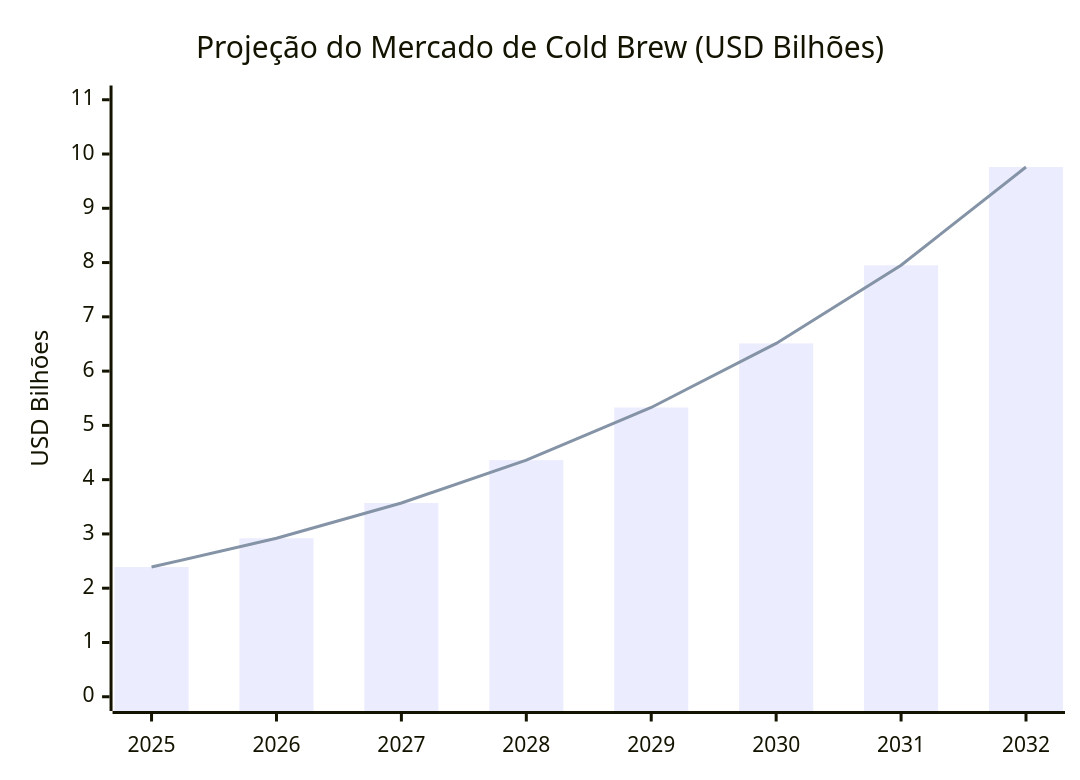
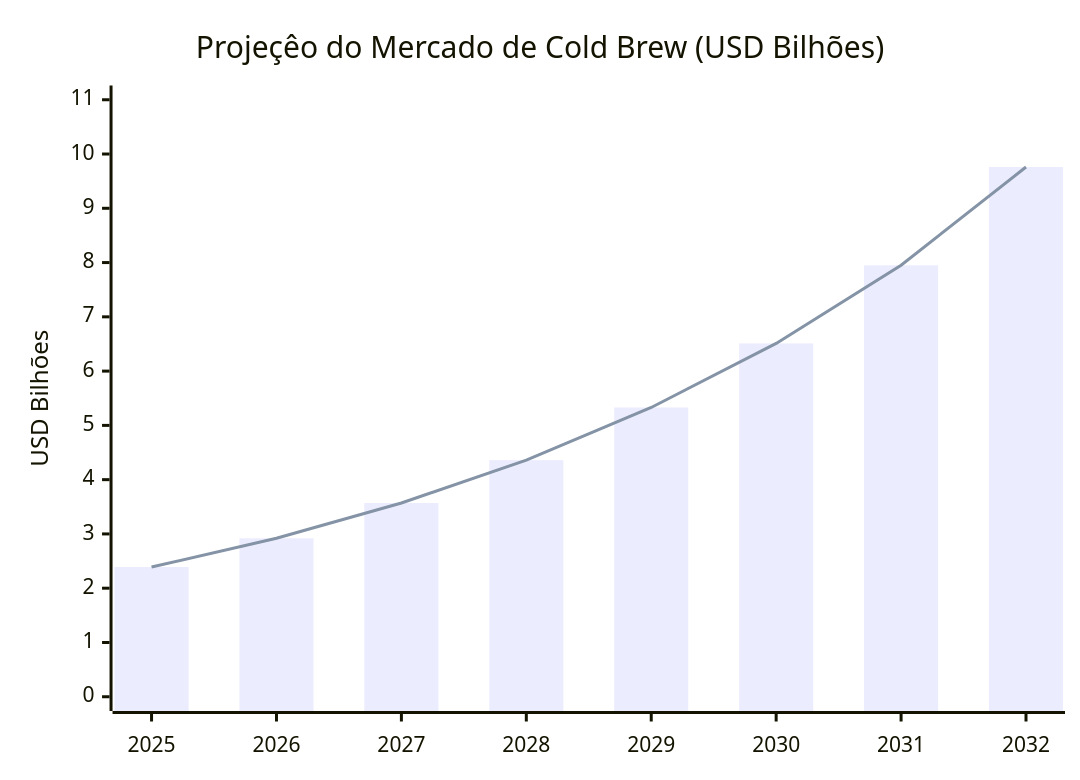
The first of 3 diagrams in prj/coldbrew-coffee-co/outputs/dia_das_maes_2026-05-10/research_brief.md (linnoff88-dev/arckhe-timesmkt2), drawn with Mermaid before and after one commit. The commit also changed other lines of this file and 76 other files, not shown here.

````diff
--- a/prj/coldbrew-coffee-co/outputs/dia_das_maes_2026-05-10/research_brief.md
+++ b/prj/coldbrew-coffee-co/outputs/dia_das_maes_2026-05-10/research_brief.md
@@ -17,8 +17,8 @@
 ```mermaid
 xychart-beta
-    title "Projeção do Mercado de Cold Brew (USD Bilhões)"
+    title "Projeçêo do Mercado de Cold Brew (USD Bilhões)"
     x-axis [2025, 2026, 2027, 2028, 2029, 2030, 2031, 2032]
     y-axis "USD Bilhões" 0 --> 11
     bar [2.39, 2.92, 3.57, 4.36, 5.33, 6.51, 7.95, 9.76]
     line [2.39, 2.92, 3.57, 4.36, 5.33, 6.51, 7.95, 9.76]
 ```
````
